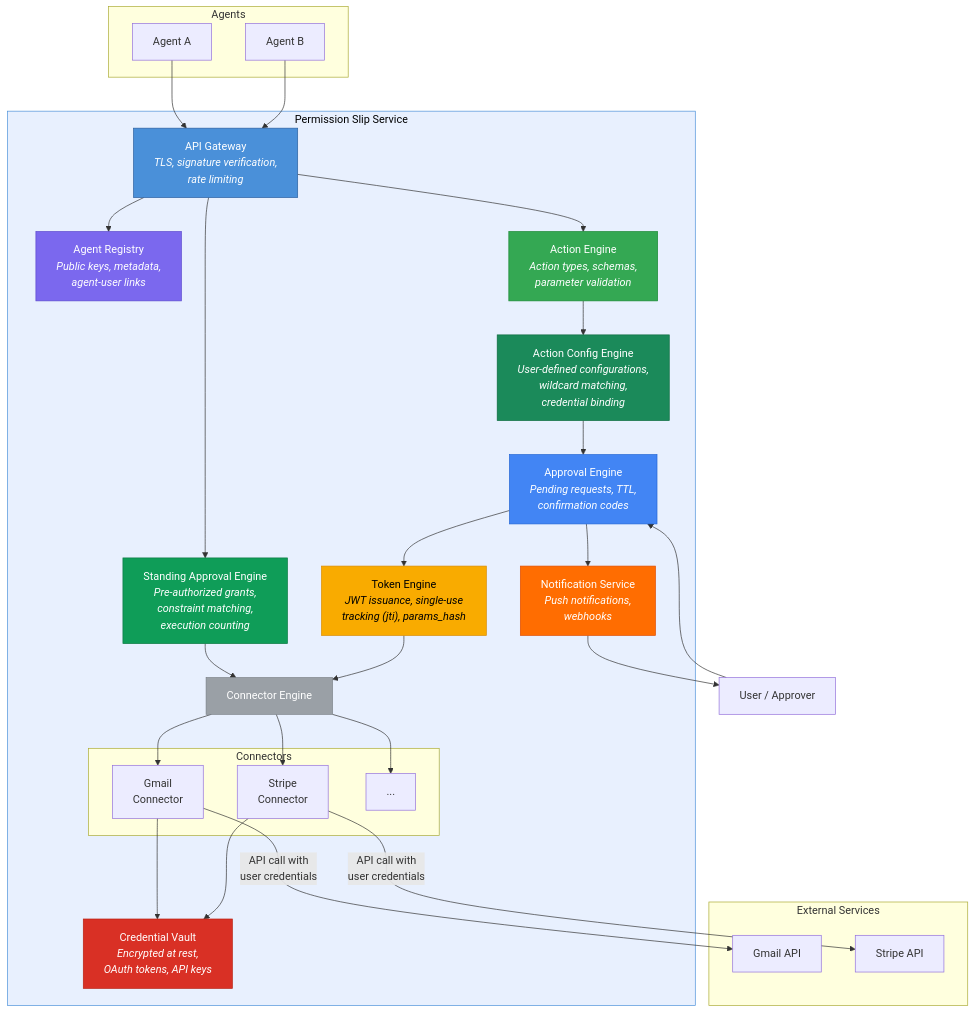
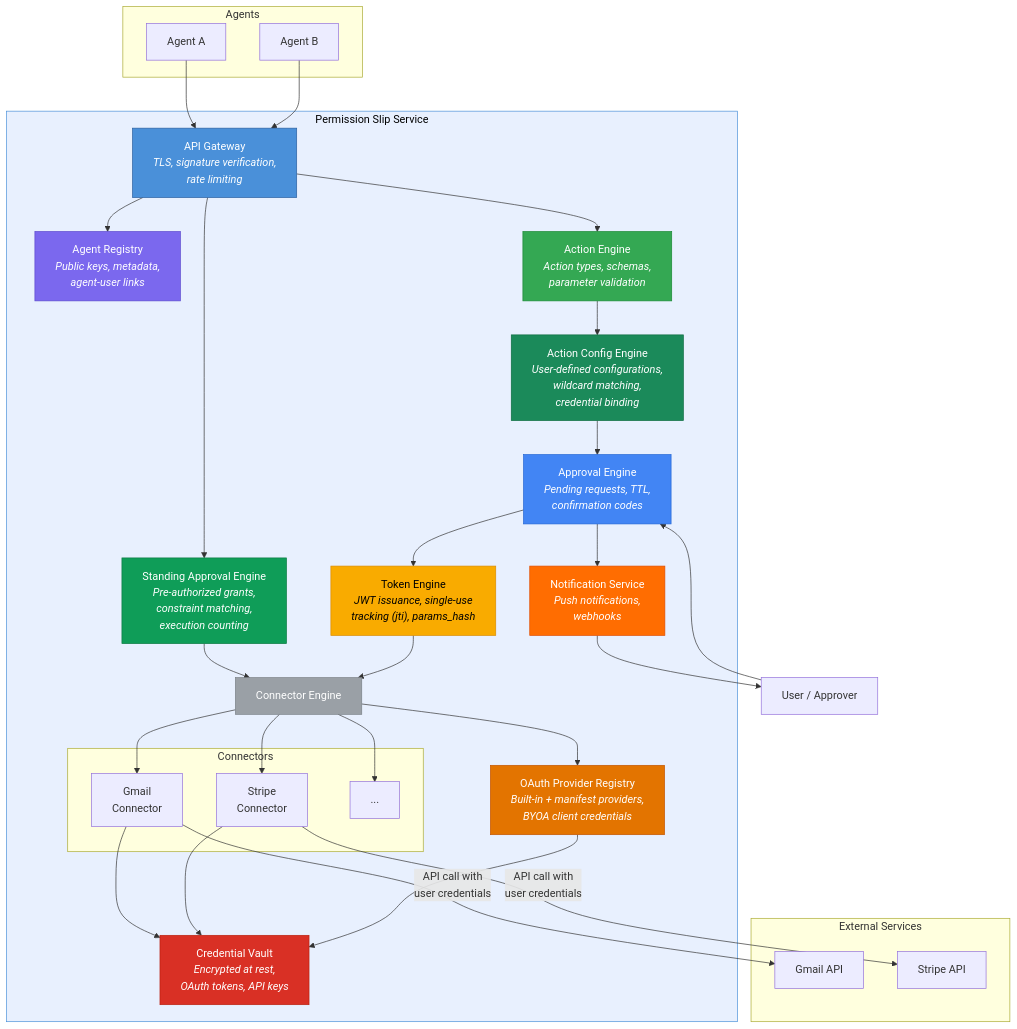
Before and after one commit to supersuit-tech/permission-slip: the second of 6 diagrams in docs/architecture.md, drawn with Mermaid. The commit also changed 2 other files, not shown here.

Commit message:
docs: improve OAuth provider registry documentation
- Expand package-level doc comment in oauth/provider.go to document
  priority system, BYOA merge behavior, security redaction, and thread
  safety guarantees
- Extract magic number 5*time.Minute into named tokenExpiryBuffer const
- Update architecture diagram to include OAuth Provider Registry component
  with connections to Credential Vault and Connector Engine
- Update creating-connectors.md with provider ID validation rules and
  runtime explanation of how the provider registry works (priority system,
  BYOA credential merging)

https://claude.ai/code/session_01PkDpULRkC3Wn6dJ8JW4dZa

````diff
--- a/docs/architecture.md
+++ b/docs/architecture.md
@@ -34,63 +34,67 @@
 ```mermaid
 graph TB
     subgraph Agents
         A1["Agent A"]
         A2["Agent B"]
     end
 
     subgraph PS ["Permission Slip Service"]
         GW["API Gateway<br/><i>TLS, signature verification,<br/>rate limiting</i>"]
         AR["Agent Registry<br/><i>Public keys, metadata,<br/>agent-user links</i>"]
         AE["Action Engine<br/><i>Action types, schemas,<br/>parameter validation</i>"]
         AC["Action Config Engine<br/><i>User-defined configurations,<br/>wildcard matching,<br/>credential binding</i>"]
         APR["Approval Engine<br/><i>Pending requests, TTL,<br/>confirmation codes</i>"]
         TE["Token Engine<br/><i>JWT issuance, single-use<br/>tracking (jti), params_hash</i>"]
         SA["Standing Approval Engine<br/><i>Pre-authorized grants,<br/>constraint matching,<br/>execution counting</i>"]
         NS["Notification Service<br/><i>Push notifications,<br/>webhooks</i>"]
         CV["Credential Vault<br/><i>Encrypted at rest,<br/>OAuth tokens, API keys</i>"]
+        OR["OAuth Provider Registry<br/><i>Built-in + manifest providers,<br/>BYOA client credentials</i>"]
         CE["Connector Engine"]
 
         subgraph Connectors
             GC["Gmail<br/>Connector"]
             SC["Stripe<br/>Connector"]
             OC["..."]
         end
     end
 
     subgraph External ["External Services"]
         Gmail["Gmail API"]
         Stripe["Stripe API"]
     end
 
     User["User / Approver"]
 
     A1 & A2 --> GW
     GW --> AR
     GW --> AE
     AE --> AC
     AC --> APR
     APR --> NS
     NS --> User
     User --> APR
     APR --> TE
     GW --> SA
     SA --> CE
     TE --> CE
     CE --> GC & SC & OC
     GC --> CV
     SC --> CV
+    OR --> CV
+    CE --> OR
     GC -- "API call with<br/>user credentials" --> Gmail
     SC -- "API call with<br/>user credentials" --> Stripe
 
     style PS fill:#E8F0FE,stroke:#4A90D9,color:#000
     style GW fill:#4A90D9,color:#fff,stroke:#2A5F9E
     style CV fill:#D93025,color:#fff,stroke:#B9200F
+    style OR fill:#E37400,color:#fff,stroke:#C35400
     style TE fill:#F9AB00,color:#000,stroke:#D98B00
     style AR fill:#7B68EE,color:#fff,stroke:#5B48CE
     style AE fill:#34A853,color:#fff,stroke:#1A8833
     style AC fill:#1B8A5A,color:#fff,stroke:#0D6B3F
     style APR fill:#4285F4,color:#fff,stroke:#2265D4
     style NS fill:#FF6D01,color:#fff,stroke:#DF4D00
     style SA fill:#0F9D58,color:#fff,stroke:#0B7A43
     style CE fill:#9AA0A6,color:#fff,stroke:#7A8086
 ```
````
